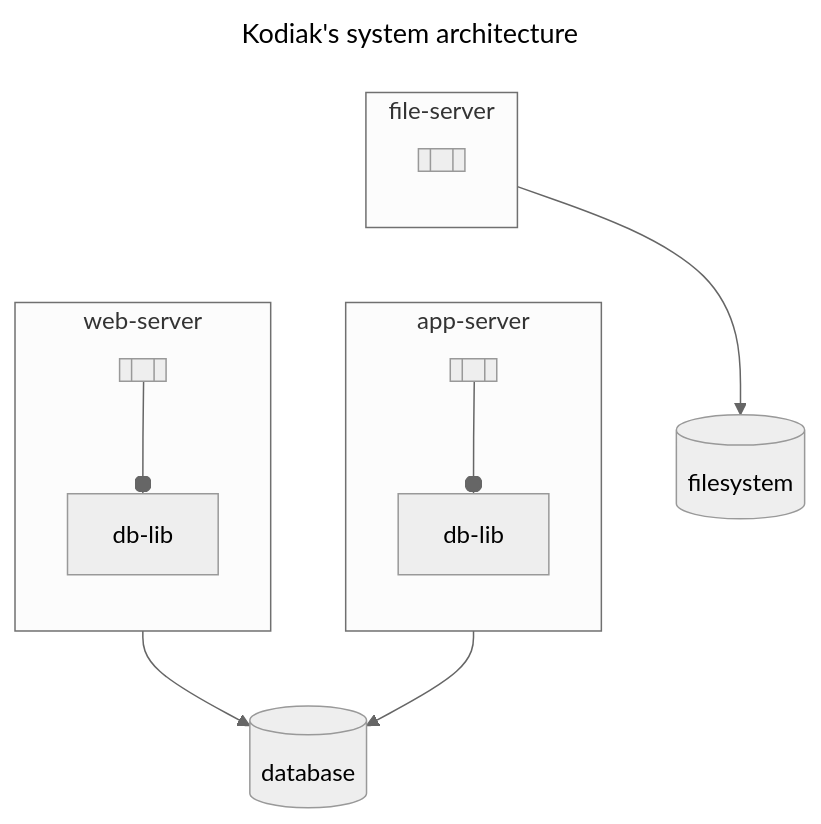
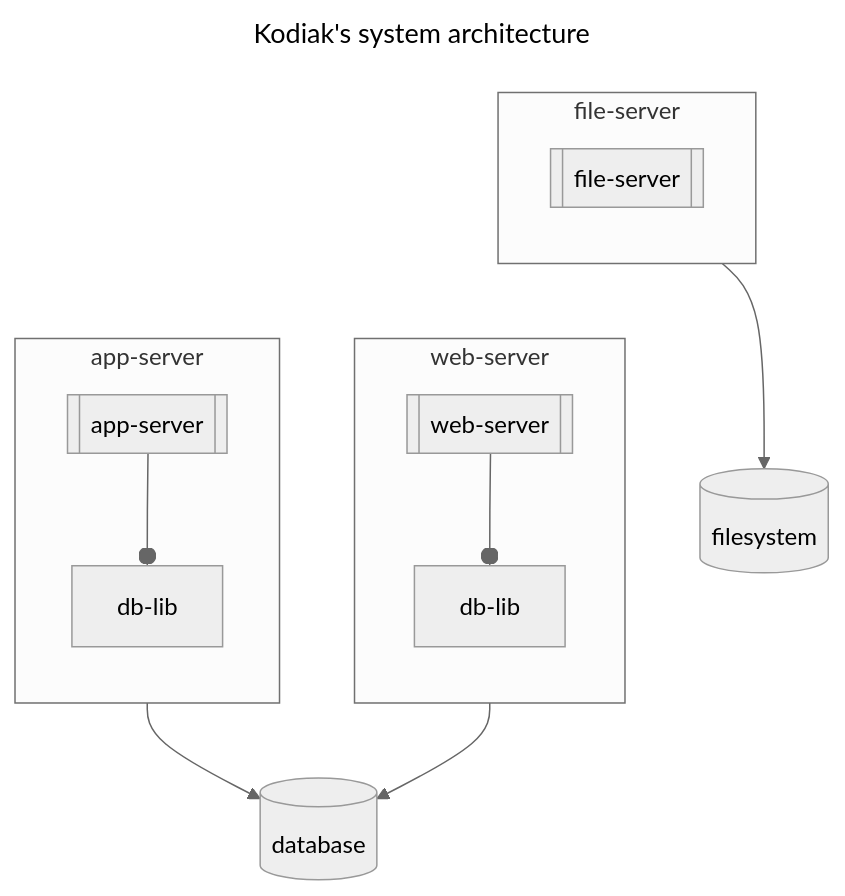
Before and after one commit to polarlabs/kodiak-diagrams: the first of 2 diagrams in SYSTEM-ARCHITECTURE.md, drawn with Mermaid (neutral theme).

Commit message:
fix: mermaid syntax.

````diff
--- a/SYSTEM-ARCHITECTURE.md
+++ b/SYSTEM-ARCHITECTURE.md
@@ -5,23 +5,22 @@
 ```mermaid
 ---
 title: Kodiak's system architecture
 ---
 flowchart TB
-  direction TB
   subgraph file-server
     direction TB
-    file-server.pro[[ ]]
+    file-server.pro[[file-server]]
   end
   subgraph web-server
     direction TB
-    web-server.pro[[ ]] --o web-server.db-lib[db-lib]
+    web-server.pro[[web-server]] --o web-server.db-lib[db-lib]
   end
   subgraph app-server
     direction TB
-    app-server.pro[[ ]] --o app-server.db-lib[db-lib]
+    app-server.pro[[app-server]] --o app-server.db-lib[db-lib]
   end
-  file-server ~~~ web-server
+  file-server.pro ~~~ web-server.pro
   file-server --> filesystem[(filesystem)]
   web-server --> database[(database)]
   app-server --> database[(database)]
 ```
````
